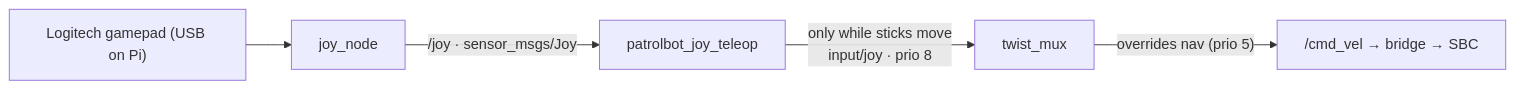
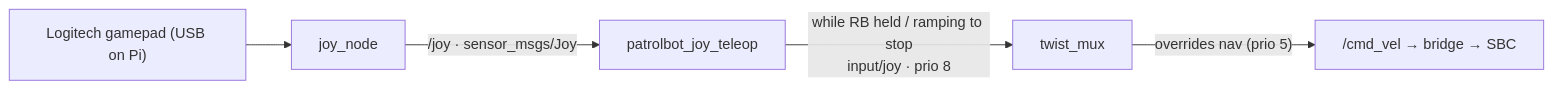
The third of 3 diagrams in docs/architecture/data-flow.md (cmu-impactlab/patrolbot), drawn with Mermaid before and after one commit. The commit also changed other lines of this file and 52 other files, not shown here.

````diff
--- a/docs/architecture/data-flow.md
+++ b/docs/architecture/data-flow.md
@@ -100,7 +100,7 @@
 ```mermaid
 flowchart LR
     PAD["Logitech gamepad (USB on Pi)"] --> JN["joy_node"]
     JN -->|"/joy · sensor_msgs/Joy"| JT["patrolbot_joy_teleop"]
-    JT -->|"only while sticks move\ninput/joy · prio 8"| MUX["twist_mux"]
+    JT -->|"while RB held / ramping to stop\ninput/joy · prio 8"| MUX["twist_mux"]
     MUX -->|"overrides nav (prio 5)"| OUT["/cmd_vel → bridge → SBC"]
 ```
````
